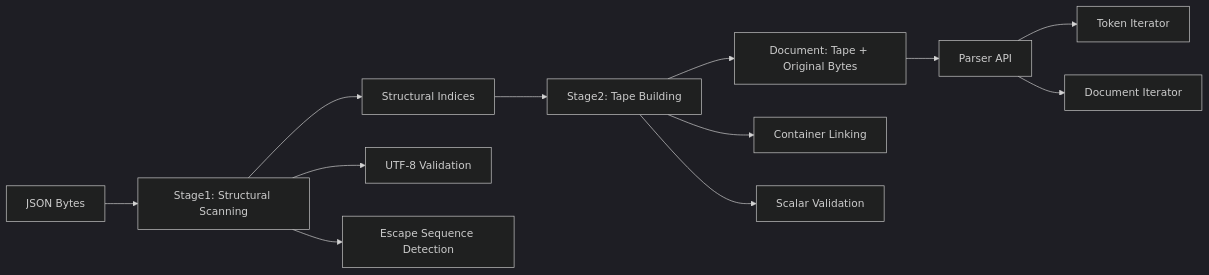
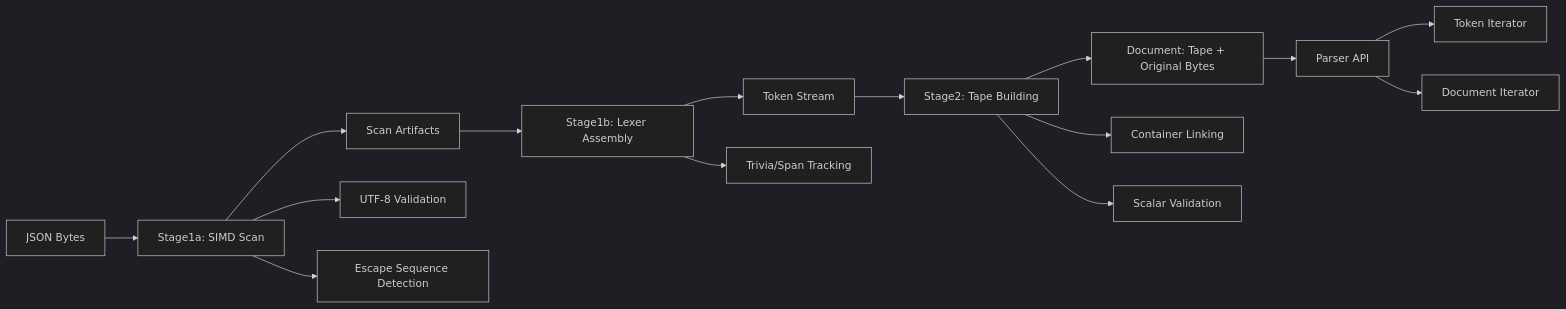
One commit to wstein/wiregram-playground changed the first of 11 diagrams in warp/README.md. Above: the diagram before and after it, drawn with Mermaid (dark theme). The commit also changed other lines of this file and 14 other files, not shown here.

````diff
--- a/warp/README.md
+++ b/warp/README.md
@@ -37,15 +53,18 @@
 ```mermaid
 graph LR
-    A[JSON Bytes] --> B[Stage1: Structural Scanning]
-    B --> C[Structural Indices]
-    C --> D[Stage2: Tape Building]
-    D --> E[Document: Tape + Original Bytes]
-    E --> F[Parser API]
-    F --> G[Token Iterator]
-    F --> H[Document Iterator]
-    
-    B --> I[UTF-8 Validation]
-    B --> J[Escape Sequence Detection]
-    D --> K[Container Linking]
-    D --> L[Scalar Validation]
+    A[JSON Bytes] --> B[Stage1a: SIMD Scan]
+    B --> C[Scan Artifacts]
+    C --> D[Stage1b: Lexer Assembly]
+    D --> E[Token Stream]
+    E --> F[Stage2: Tape Building]
+    F --> G[Document: Tape + Original Bytes]
+    G --> H[Parser API]
+    H --> I[Token Iterator]
+    H --> J[Document Iterator]
+
+    B --> K[UTF-8 Validation]
+    B --> L[Escape Sequence Detection]
+    D --> M[Trivia/Span Tracking]
+    F --> N[Container Linking]
+    F --> O[Scalar Validation]
 ```
````
